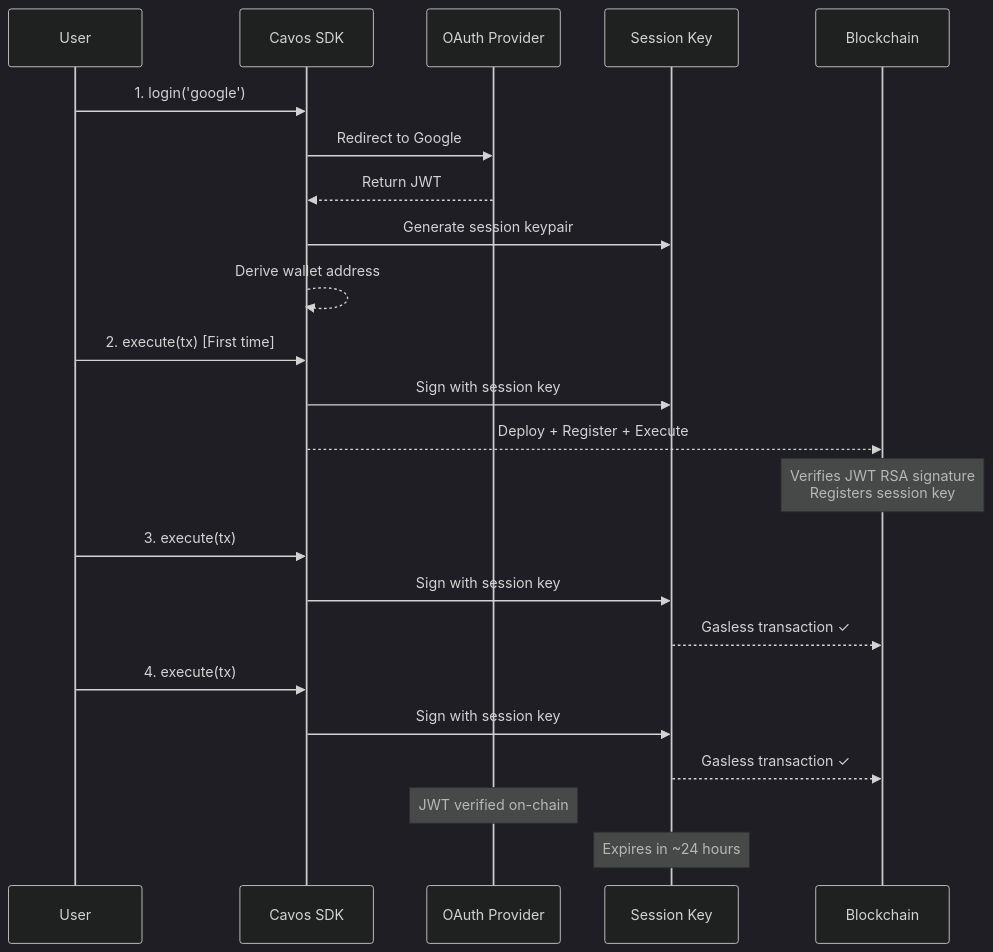
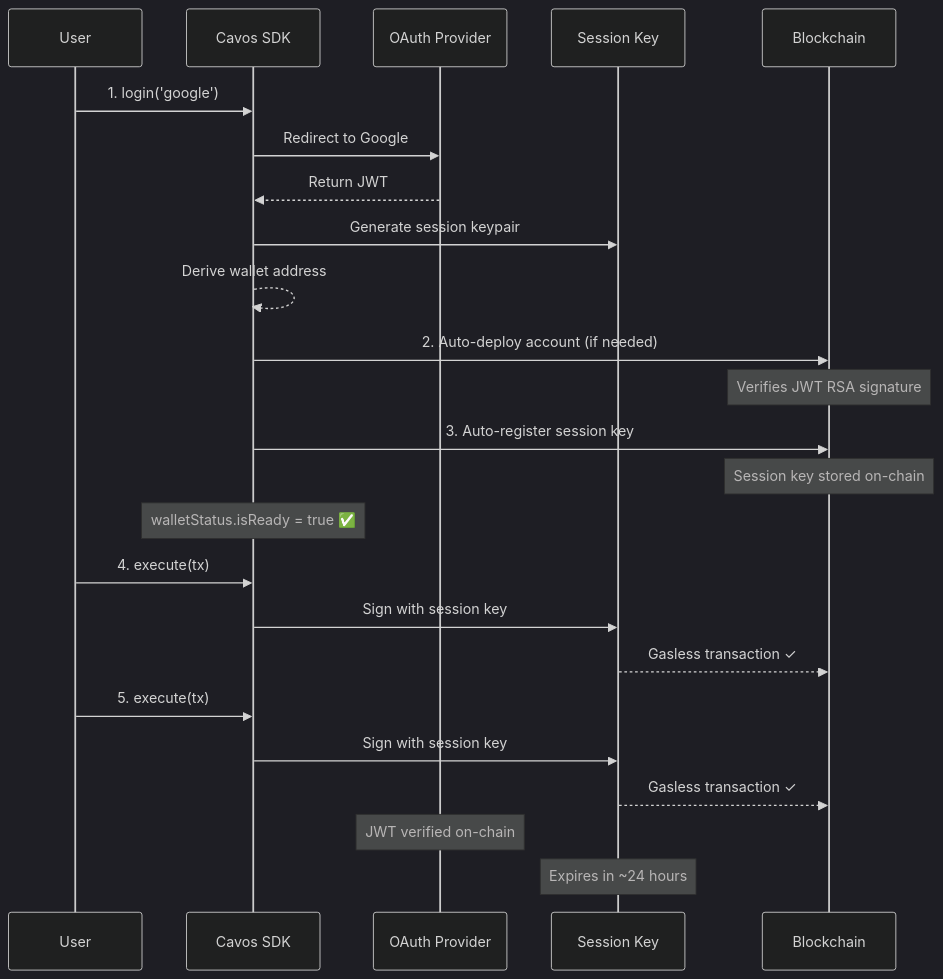
Before and after one commit to cavos-labs/docs: the diagram in quickstart.mdx, drawn with Mermaid (dark theme). The commit also changed other lines of this file and 3 other files, not shown here.

Commit message:
update auth flow

````diff
--- a/quickstart.mdx
+++ b/quickstart.mdx
@@ -184,30 +184,31 @@
 ```mermaid
 sequenceDiagram
     participant U as User
     participant SDK as Cavos SDK
     participant OAuth as OAuth Provider
     participant EK as Session Key
     participant Chain as Blockchain
 
     U->>SDK: 1. login('google')
     SDK->>OAuth: Redirect to Google
     OAuth-->>SDK: Return JWT
     SDK->>EK: Generate session keypair
     SDK-->>SDK: Derive wallet address
 
-    U->>SDK: 2. execute(tx) [First time]
-    SDK->>EK: Sign with session key
-    SDK-->>Chain: Deploy + Register + Execute
-    Note over Chain: Verifies JWT RSA signature<br/>Registers session key
+    SDK->>Chain: 2. Auto-deploy account (if needed)
+    Note over Chain: Verifies JWT RSA signature
+    SDK->>Chain: 3. Auto-register session key
+    Note over Chain: Session key stored on-chain
+    Note over SDK: walletStatus.isReady = true ✅
 
-    U->>SDK: 3. execute(tx)
+    U->>SDK: 4. execute(tx)
     SDK->>EK: Sign with session key
     EK-->>Chain: Gasless transaction ✓
 
-    U->>SDK: 4. execute(tx)
+    U->>SDK: 5. execute(tx)
     SDK->>EK: Sign with session key
     EK-->>Chain: Gasless transaction ✓
 
     Note over OAuth: JWT verified on-chain
     Note over EK: Expires in ~24 hours
 ```
````
